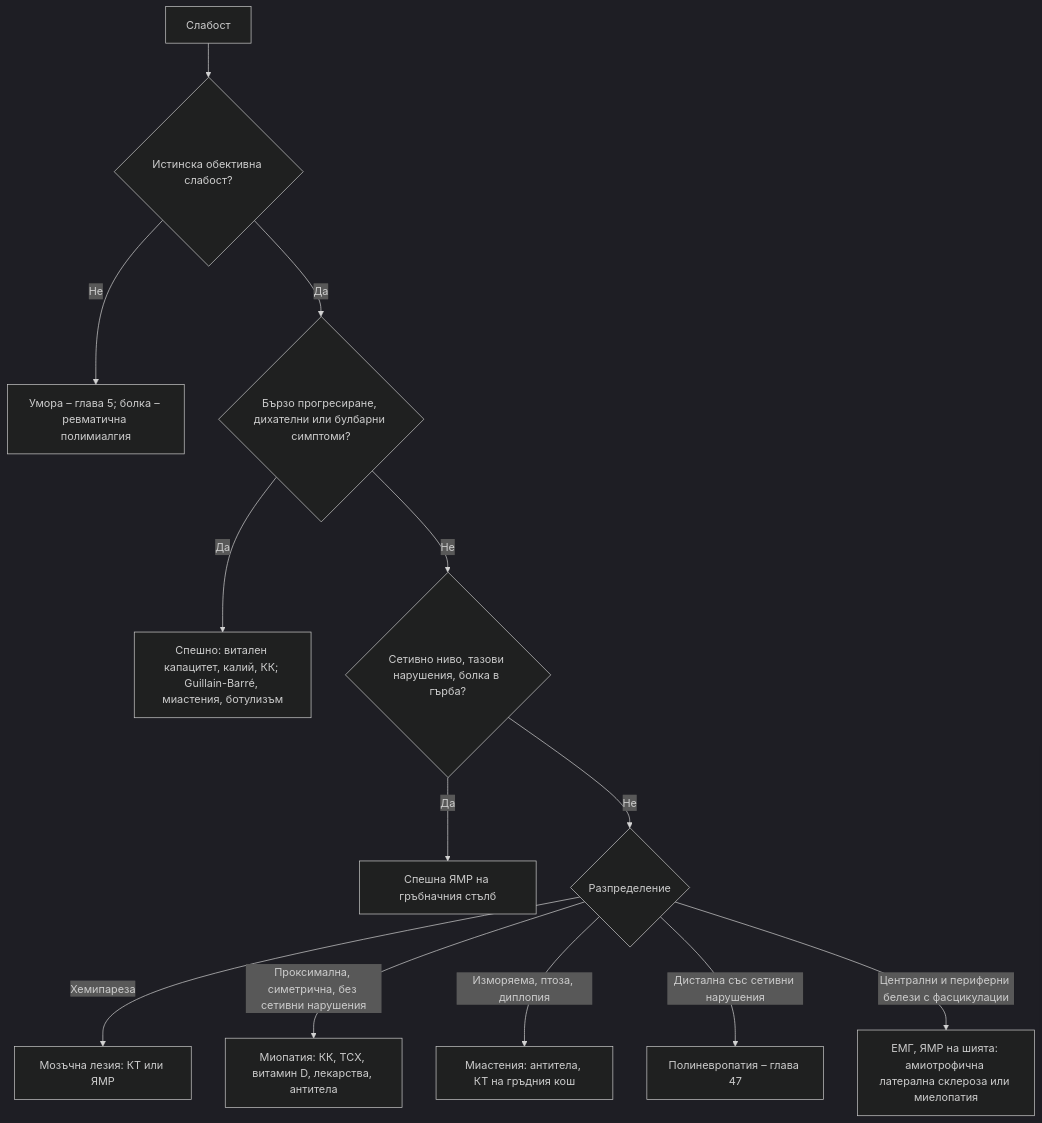
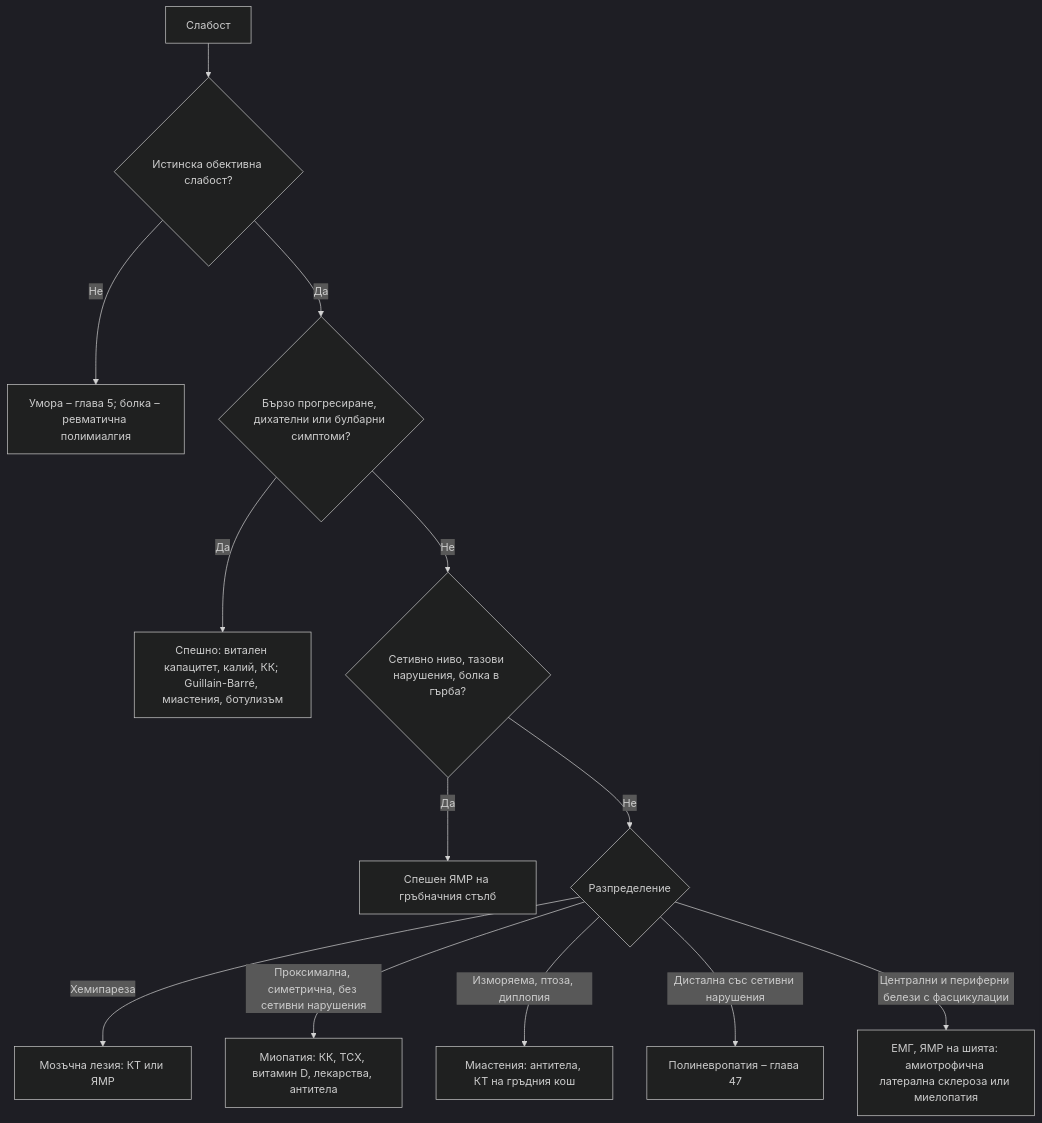
The diagram in glavi/46-muskulna-slabost.md (yancho26/yancho), drawn with Mermaid (dark theme) before and after one commit. The commit also changed other lines of this file and 4 other files, not shown here.

First line of the commit message:
Езикова редакция: глава 46; симптом на Babinski, спешен ЯМР

````diff
--- a/glavi/46-muskulna-slabost.md
+++ b/glavi/46-muskulna-slabost.md
@@ -172,17 +172,17 @@
 ```mermaid
 flowchart TD
     accTitle: Диагностичен алгоритъм: мускулна слабост
     accDescr: Блок-схема. Начало: Слабост. Въпроси: Истинска обективна слабост? · Бързо прогресиране, дихателни или булбарни симптоми? · Сетивно ниво, тазови нарушения, болка в гърба? · Разпределение? Пълното текстово описание е под схемата.
     A["Слабост"] --> B{"Истинска обективна слабост?"}
     B -->|Не| C["Умора – глава 5; болка – ревматична полимиалгия"]
     B -->|Да| D{"Бързо прогресиране, дихателни или булбарни симптоми?"}
     D -->|Да| E["Спешно: витален капацитет, калий, КК; Guillain-Barré, миастения, ботулизъм"]
     D -->|Не| F{"Сетивно ниво, тазови нарушения, болка в гърба?"}
-    F -->|Да| G["Спешна ЯМР на гръбначния стълб"]
+    F -->|Да| G["Спешен ЯМР на гръбначния стълб"]
     F -->|Не| H{"Разпределение"}
     H -->|Хемипареза| I["Мозъчна лезия: КТ или ЯМР"]
     H -->|Проксимална, симетрична, без сетивни нарушения| J["Миопатия: КК, ТСХ, витамин D, лекарства, антитела"]
     H -->|Изморяема, птоза, диплопия| K["Миастения: антитела, КТ на гръдния кош"]
     H -->|Дистална със сетивни нарушения| L["Полиневропатия – глава 47"]
     H -->|Централни и периферни белези с фасцикулации| M["ЕМГ, ЯМР на шията: амиотрофична латерална склероза или миелопатия"]
 ```
````
